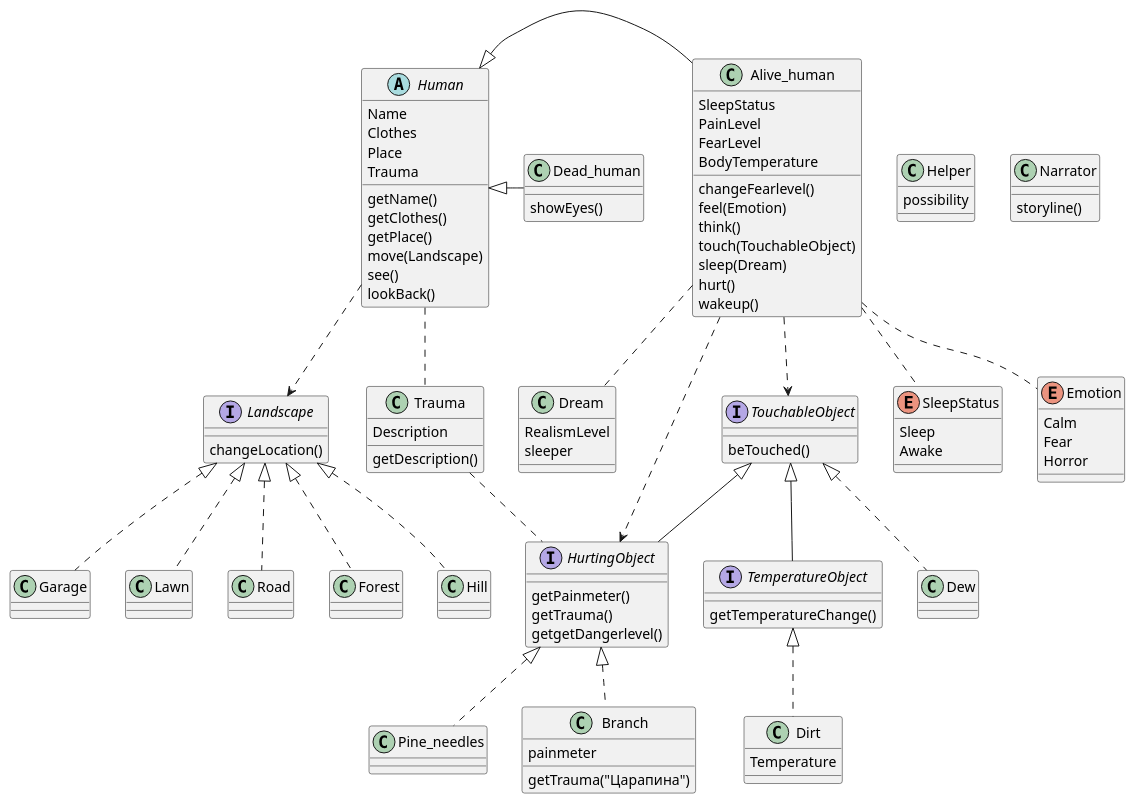
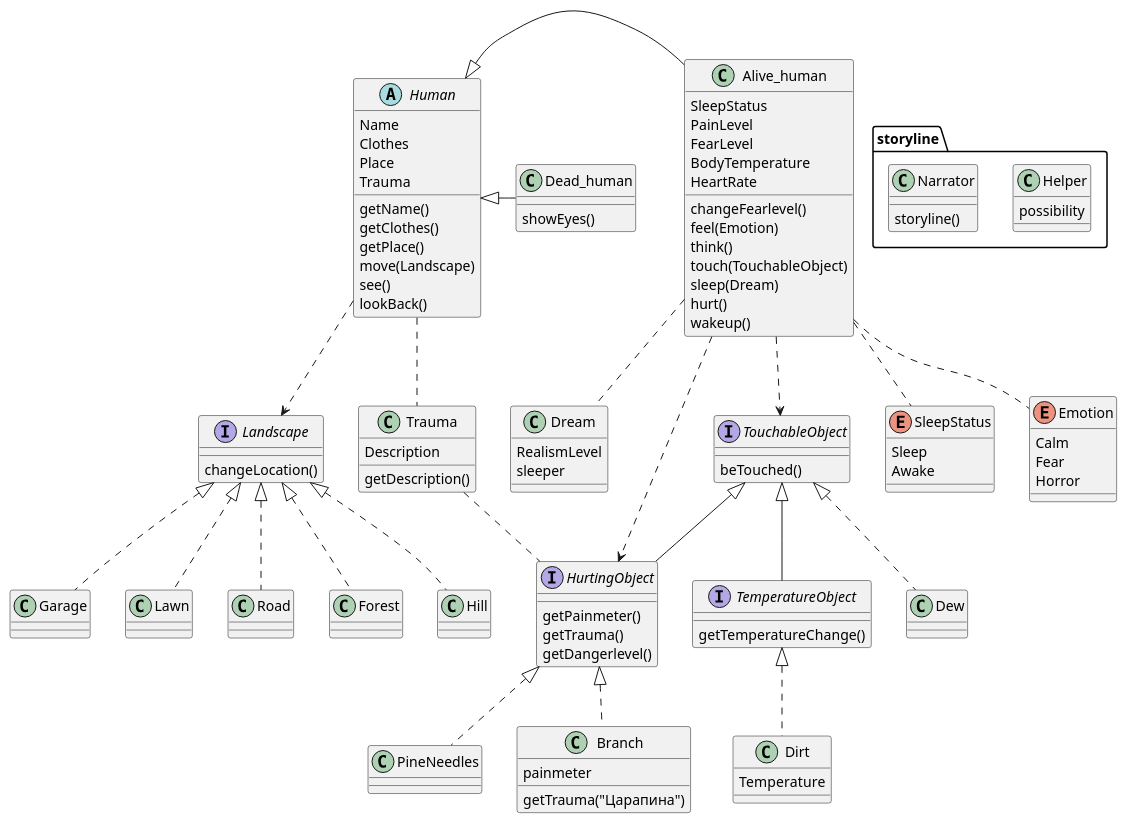
The diagram in src/Projeect_v2.puml (Egorcheek/ANOTHER-LAB-3), drawn with PlantUML before and after one commit. The commit also changed 4 other files, not shown here.

```diff
--- a/src/Projeect_v2.puml
+++ b/src/Projeect_v2.puml
@@ -1,121 +1,123 @@
 @startuml
 'https://plantuml.com/class-diagram
 
 class Dead_human {
 
 
 showEyes()
 
 }
 class Dream{
 RealismLevel
 sleeper
 }
 
 abstract class Human {
 Name
 Clothes
 Place
 Trauma
 
 getName()
 getClothes()
 getPlace()
 move(Landscape)
 see()
 lookBack()
 }
 
 class Trauma{
    Description
    getDescription()
 }
 
-class Helper{
+class storyline.Helper{
 possibility
 }
 
 Human <|- Alive_human
 Human <|- Dead_human
 
 
 Alive_human .. Dream
 Alive_human ..> TouchableObject
 Alive_human ..> HurtingObject
 TouchableObject <|-- HurtingObject
 TouchableObject <|-- TemperatureObject
 
 Human ..> Landscape
 
 TouchableObject <|.. Dew
 TemperatureObject <|.. Dirt
-HurtingObject <|.. Pine_needles
+HurtingObject <|.. PineNeedles
 HurtingObject <|.. Branch
 Landscape <|.. Garage
 Landscape <|.. Lawn
 Landscape <|.. Road
 Landscape <|.. Forest
 Landscape <|.. Hill
 Alive_human .. SleepStatus
 Alive_human .. Emotion
 Human .. Trauma
 Trauma .. HurtingObject
 
 class Alive_human {
 SleepStatus
 PainLevel
 FearLevel
 BodyTemperature
+HeartRate
 
 changeFearlevel()
 feel(Emotion)
 think()
 touch(TouchableObject)
 sleep(Dream)
 hurt()
 wakeup()
 }
 
-class Narrator{
+class storyline.Narrator{
 storyline()
 }
 
 
 interface TouchableObject {
 beTouched()
 }
 
 interface TemperatureObject{
 getTemperatureChange()
 }
 
 interface HurtingObject {
 getPainmeter()
 getTrauma()
-getgetDangerlevel()
+getDangerlevel()
 }
 class Branch{
 painmeter
 getTrauma("Царапина")
 }
 
 interface Landscape {
 changeLocation()
 }
 
 enum SleepStatus {
 Sleep
 Awake
 }
 
 enum Emotion {
 Calm
 Fear
 Horror
 }
 
 class Dirt {
 Temperature
 }
 
+
 @enduml
```
